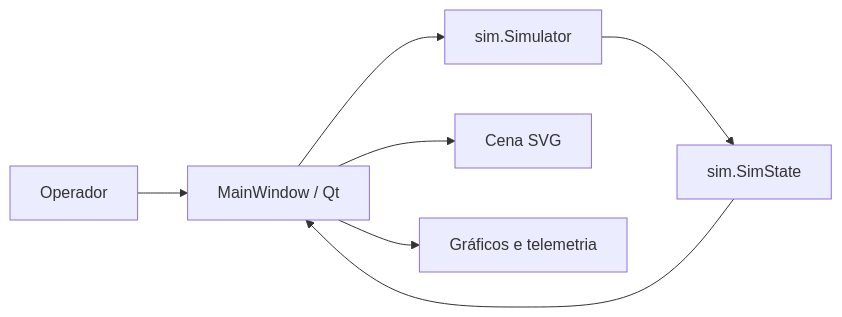
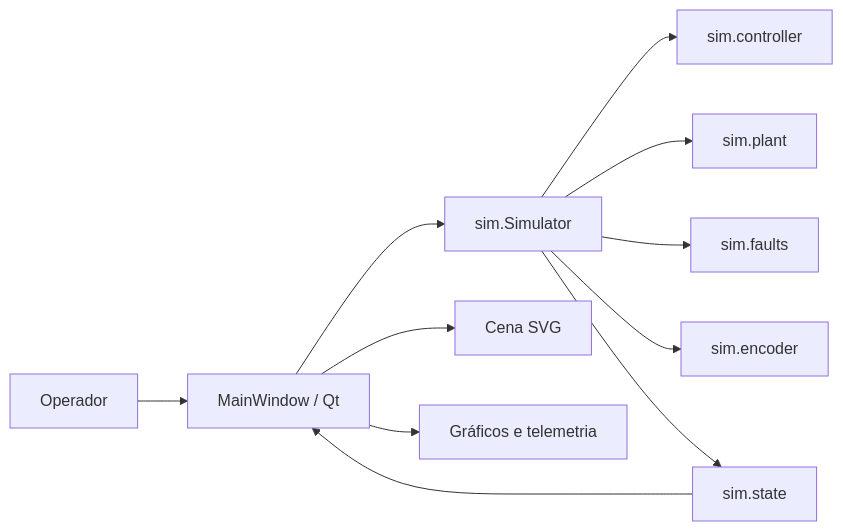
The third of 4 diagrams in docs/architecture.md (gut0leao/tapepilot-sim), drawn with Mermaid before and after one commit. The commit also changed other lines of this file and 23 other files, not shown here.

````diff
--- a/docs/architecture.md
+++ b/docs/architecture.md
@@ -119,9 +127,13 @@
 ```mermaid
 flowchart LR
     Operator[Operador] --> UI[MainWindow / Qt]
     UI --> Simulator[sim.Simulator]
-    Simulator --> State[sim.SimState]
+    Simulator --> Controller[sim.controller]
+    Simulator --> Plant[sim.plant]
+    Simulator --> Faults[sim.faults]
+    Simulator --> Encoder[sim.encoder]
+    Simulator --> State[sim.state]
     State --> UI
     UI --> Scene[Cena SVG]
     UI --> Plots[Gráficos e telemetria]
 ```
````
